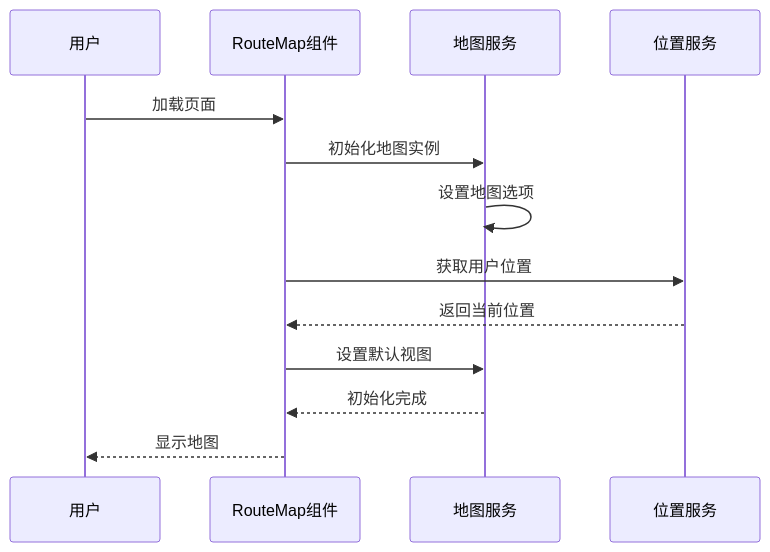
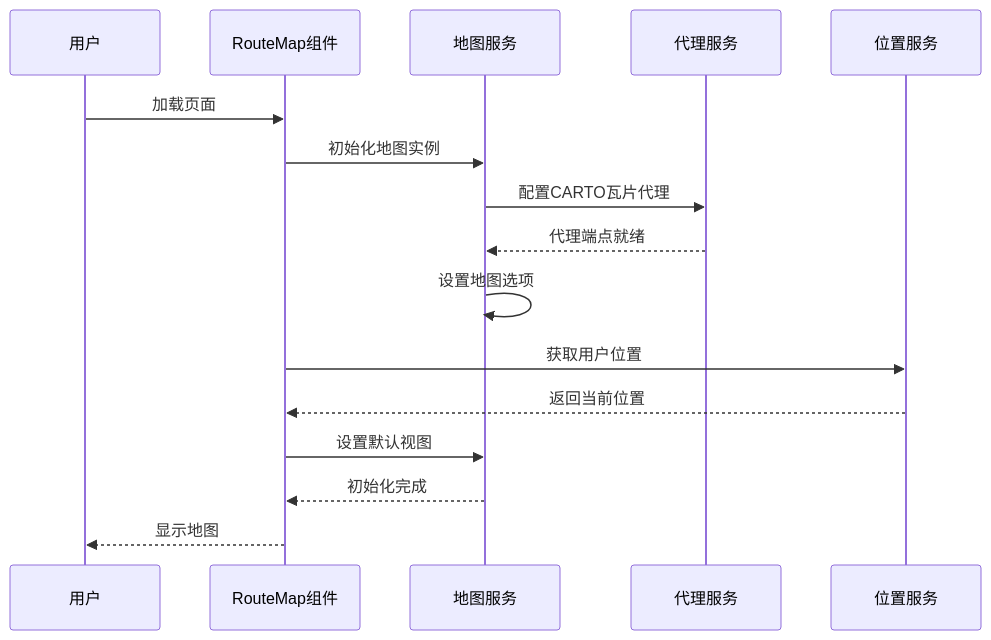
Before and after one commit to ititjjy/AITrip-plan: the sixth of 10 diagrams in .qoder/repowiki/zh/content/项目概述/核心功能特性/交互式地图服务.md, drawn with Mermaid. The commit also changed other lines of this file and 144 other files, not shown here.

````diff
--- a/.qoder/repowiki/zh/content/项目概述/核心功能特性/交互式地图服务.md
+++ b/.qoder/repowiki/zh/content/项目概述/核心功能特性/交互式地图服务.md
@@ -227,15 +342,18 @@
 ```mermaid
 sequenceDiagram
 participant User as 用户
 participant RouteMap as RouteMap组件
 participant MapService as 地图服务
+participant Proxy as 代理服务
 participant Geolocation as 位置服务
 User->>RouteMap : 加载页面
 RouteMap->>MapService : 初始化地图实例
+MapService->>Proxy : 配置CARTO瓦片代理
+Proxy-->>MapService : 代理端点就绪
 MapService->>MapService : 设置地图选项
 RouteMap->>Geolocation : 获取用户位置
 Geolocation-->>RouteMap : 返回当前位置
 RouteMap->>MapService : 设置默认视图
 MapService-->>RouteMap : 初始化完成
 RouteMap-->>User : 显示地图
 ```
````
